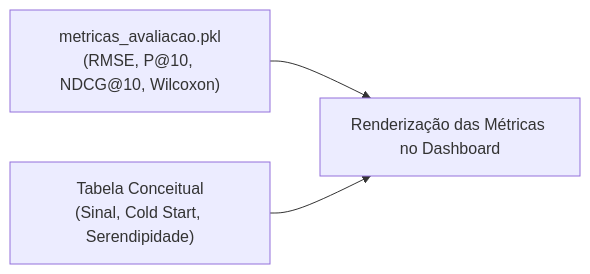
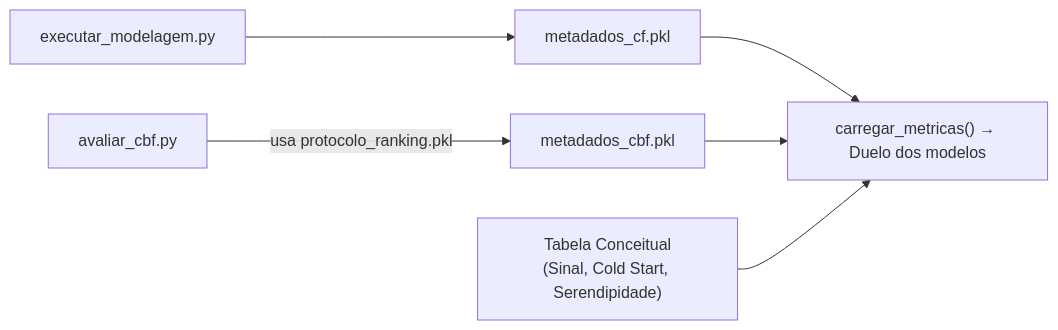
Before and after one commit to Matheus-Nardi/linkedin-RecSys: the fourth of 5 diagrams in docs/arquitetura/fluxo_por_aba.md, drawn with Mermaid. The commit also changed other lines of this file and 2 other files, not shown here.

First line of the commit message:
feat(sprint0): dashboard em 2 modos + camada de honestidade na tela

````diff
--- a/docs/arquitetura/fluxo_por_aba.md
+++ b/docs/arquitetura/fluxo_por_aba.md
@@ -120,5 +121,8 @@
   ```mermaid
   flowchart LR
-      A["metricas_avaliacao.pkl\n(RMSE, P@10, NDCG@10, Wilcoxon)"] --> D["Renderização das Métricas no Dashboard"]
+      M["executar_modelagem.py"] --> P1["metadados_cf.pkl"]
+      C["avaliar_cbf.py"] -->|"usa protocolo_ranking.pkl"| P2["metadados_cbf.pkl"]
+      P1 --> D["carregar_metricas() → Duelo dos modelos"]
+      P2 --> D
       B["Tabela Conceitual\n(Sinal, Cold Start, Serendipidade)"] --> D
   ```
````
